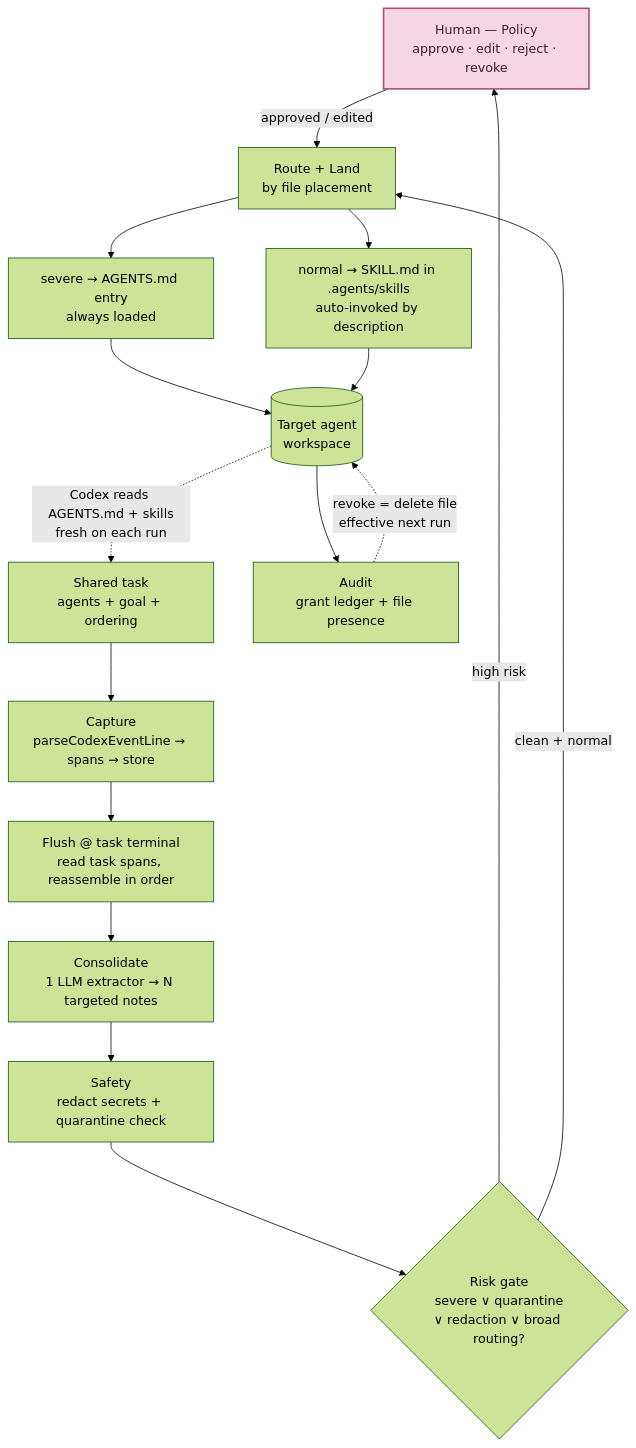
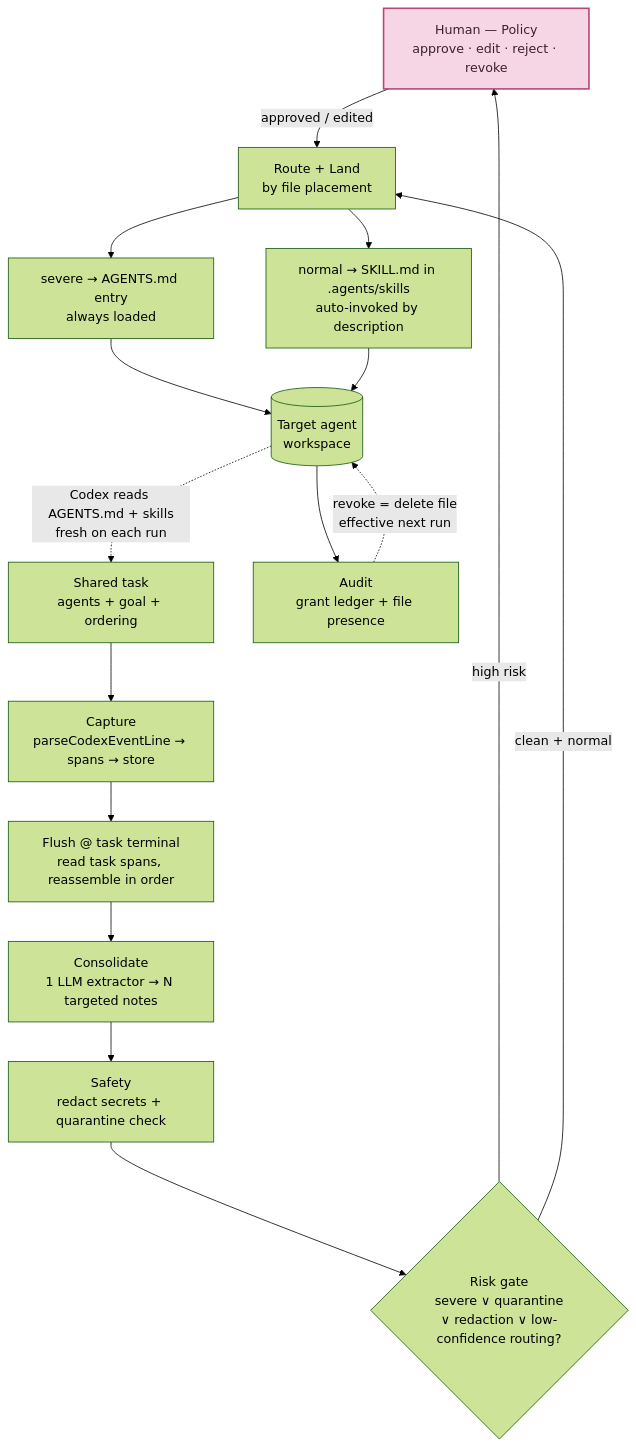
One commit to rjustyn1/tikitaka changed the diagram in middlewaredoc/ARCHITECTURE.md. Above: the diagram before and after it, drawn with Mermaid (forest theme). The commit also changed other lines of this file and 10 other files, not shown here.

First line of the commit message:
fix(review): drop breadth as a review trigger; low confidence is the signal

````diff
--- a/middlewaredoc/ARCHITECTURE.md
+++ b/middlewaredoc/ARCHITECTURE.md
@@ -81,25 +81,25 @@
 ```mermaid
 flowchart TD
     H["Human — Policy<br/>approve · edit · reject · revoke"]:::human
 
     T["Shared task<br/>agents + goal + ordering"] --> C["Capture<br/>parseCodexEventLine → spans → store"]
     C --> F["Flush @ task terminal<br/>read task spans, reassemble in order"]
     F --> X["Consolidate<br/>1 LLM extractor → N targeted notes"]
     X --> S["Safety<br/>redact secrets + quarantine check"]
-    S --> R{"Risk gate<br/>severe ∨ quarantine<br/>∨ redaction ∨ broad routing?"}
+    S --> R{"Risk gate<br/>severe ∨ quarantine<br/>∨ redaction ∨ low-confidence routing?"}
 
     R -->|high risk| H
     H -->|approved / edited| L["Route + Land<br/>by file placement"]
     R -->|clean + normal| L
 
     L --> A1["severe → AGENTS.md entry<br/>always loaded"]
     L --> A2["normal → SKILL.md in .agents/skills<br/>auto-invoked by description"]
     A1 --> W[("Target agent<br/>workspace")]
     A2 --> W
     W --> AUD["Audit<br/>grant ledger + file presence"]
 
     W -. "Codex reads AGENTS.md + skills<br/>fresh on each run" .-> T
     AUD -. "revoke = delete file<br/>effective next run" .-> W
 
     classDef human fill:#f6d6e4,stroke:#b3477a,stroke-width:2px,color:#3a2130;
 ```
````
